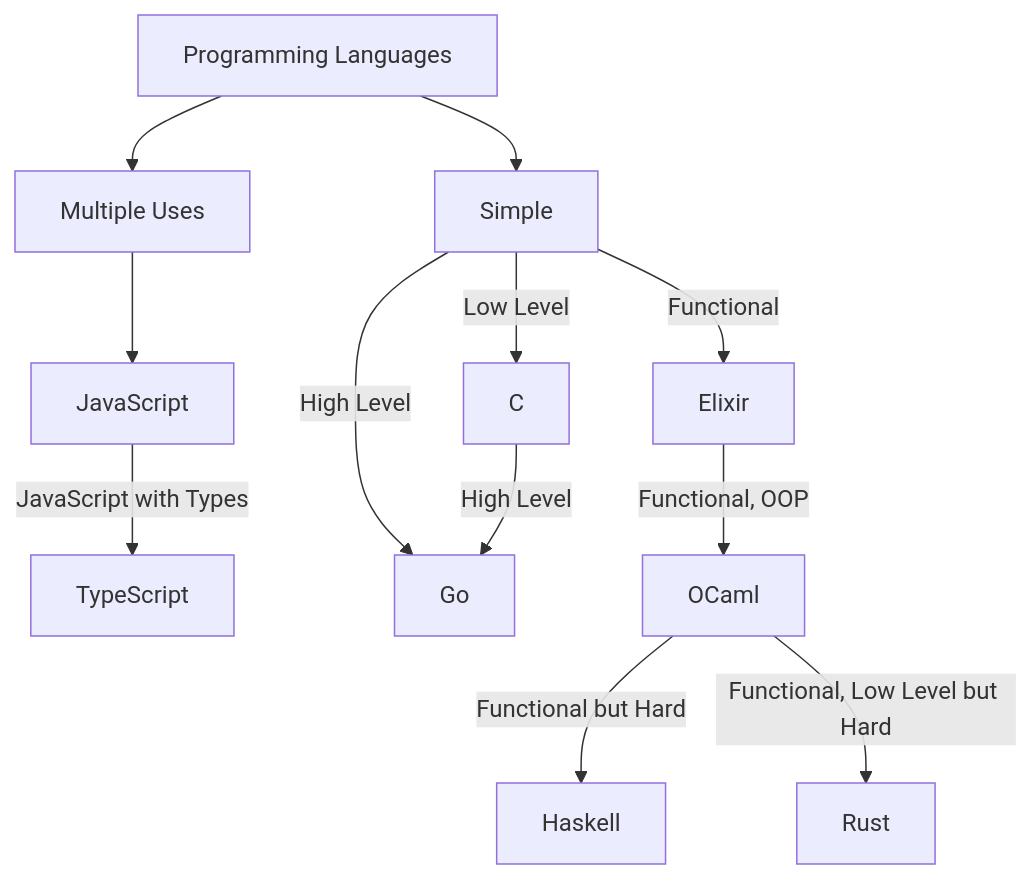
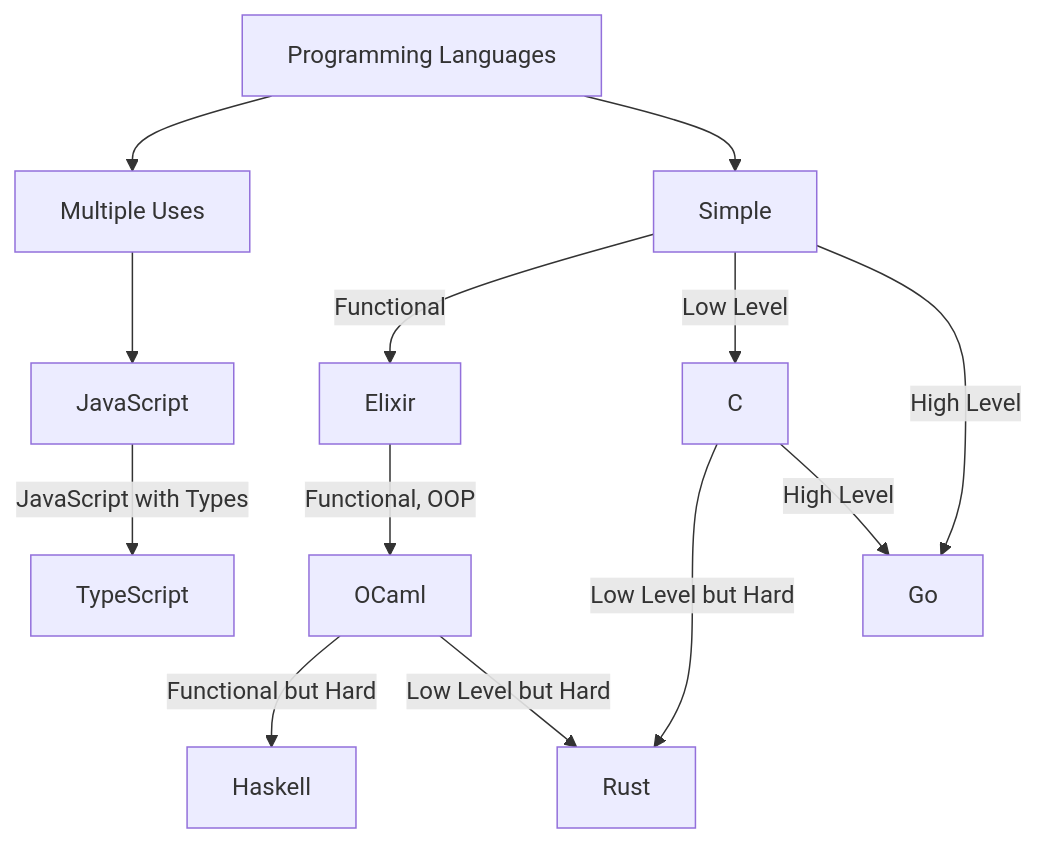
Before and after one commit to ahmed-el-awad/languages-im-interested-in: the diagram in README.md, drawn with Mermaid.

Commit message:
updated Rust text and pointers

````diff
--- a/README.md
+++ b/README.md
@@ -13,18 +13,19 @@
 ```mermaid
 graph
 	PLs[Programming Languages]
 
 	PLs --> Mu[Multiple Uses]
 	Mu --> JS[JavaScript]
 	JS -->|JavaScript with Types| TS[TypeScript]
 
 	PLs --> Simple
 
 	Simple --> |Functional| Elixir
 	Simple --> |Low Level| C
 	Simple --> |High Level| Go
 	Elixir -->|Functional, OOP| OCaml
 	OCaml -->|Functional but Hard| Haskell
-	OCaml -->|Functional, Low Level but Hard| Rust
+	OCaml -->|Low Level but Hard| Rust
+	C -->|Low Level but Hard| Rust
 	C -->|High Level| Go
 ```
````
